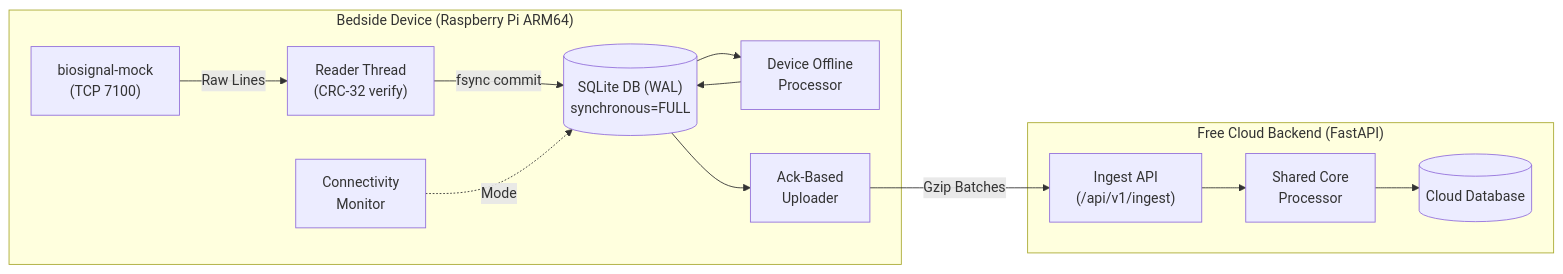
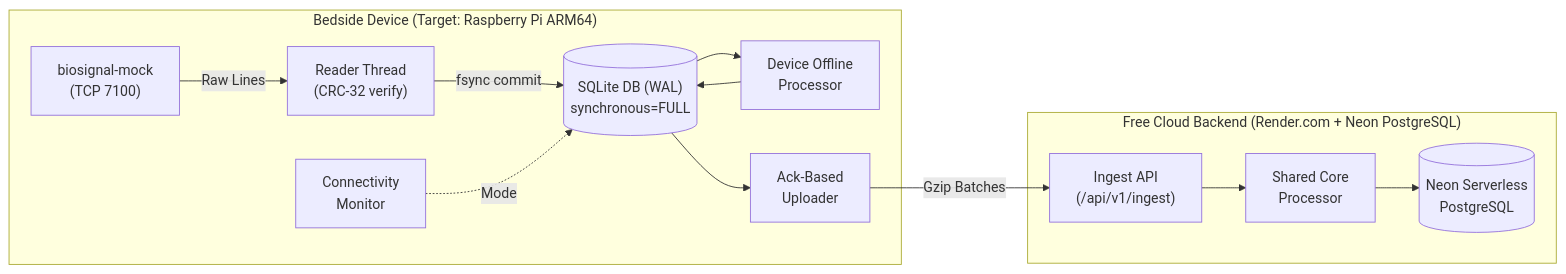
Before and after one commit to MukulVerma14/MayaCardio: the diagram in README.md, drawn with Mermaid. The commit also changed other lines of this file and 10 other files, not shown here.

Commit message:
refactor(audit): rigorous empirical audit of all documentation claims, Neon Postgres integration, and cloud restart test

````diff
--- a/README.md
+++ b/README.md
@@ -21,17 +31,17 @@
 ```mermaid
 flowchart LR
-    subgraph Device ["Bedside Device (Raspberry Pi ARM64)"]
+    subgraph Device ["Bedside Device (Target: Raspberry Pi ARM64)"]
         Mock["biosignal-mock\n(TCP 7100)"] -->|Raw Lines| Reader["Reader Thread\n(CRC-32 verify)"]
         Reader -->|fsync commit| DB[("SQLite DB (WAL)\nsynchronous=FULL")]
         DB --> OfflineProc["Device Offline\nProcessor"]
         OfflineProc --> DB
         DB --> Uploader["Ack-Based\nUploader"]
         ConnMon["Connectivity\nMonitor"] -.->|Mode| DB
     end
     
-    subgraph Cloud ["Free Cloud Backend (FastAPI)"]
+    subgraph Cloud ["Free Cloud Backend (Render.com + Neon PostgreSQL)"]
         Uploader -->|Gzip Batches| CloudAPI["Ingest API\n(/api/v1/ingest)"]
         CloudAPI --> SharedCore["Shared Core\nProcessor"]
-        SharedCore --> CloudDB[("Cloud Database")]
+        SharedCore --> CloudDB[("Neon Serverless\nPostgreSQL")]
     end
 ```
````
